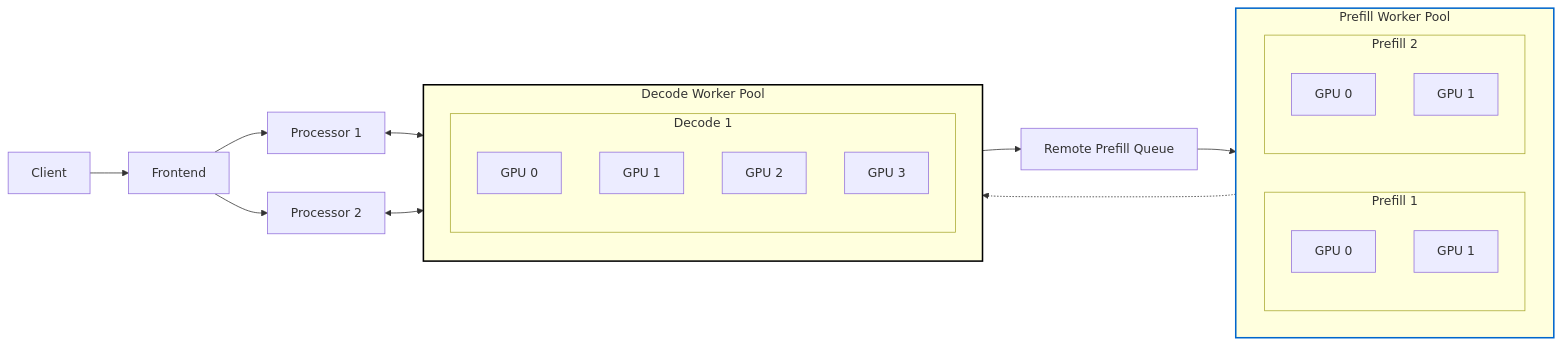
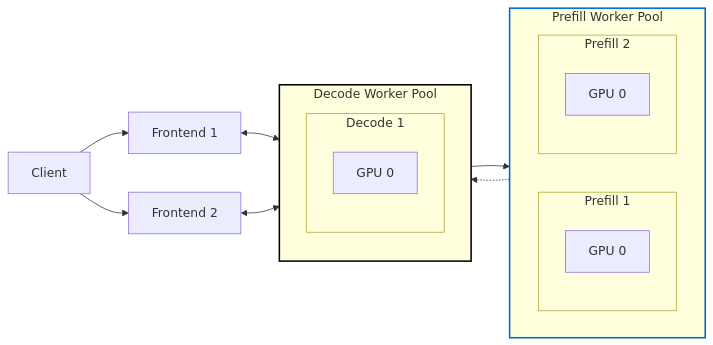
The fifth of 5 diagrams in tests/fault_tolerance/deploy/README.md (vickiegpt/dynamo), drawn with Mermaid before and after one commit. The commit also changed other lines of this file, not shown here.

````diff
--- a/tests/fault_tolerance/deploy/README.md
+++ b/tests/fault_tolerance/deploy/README.md
@@ -413,52 +410,43 @@
 ```mermaid
 graph LR
     Client["Client"]
-    Frontend["Frontend"]
-    Processor_1["Processor 1"]
-	Processor_2["Processor 2"]
-    PrefillQueue["Remote Prefill Queue"]
+    Frontend_1["Frontend 1"]
+	Frontend_2["Frontend 2"]
 
-    Client --> Frontend
-    Frontend --> Processor_1
-    Frontend --> Processor_2
+    Client --> Frontend_1
+    Client --> Frontend_2
 
-    Processor_1 <--> DecodePool
-	Processor_2 <--> DecodePool
+    Frontend_1 <--> DecodePool
+	Frontend_2 <--> DecodePool
 
     %% Prefill Worker Pool (horizontal layout)
     subgraph PrefillPool["Prefill Worker Pool"]
         direction LR
         subgraph Prefill1["Prefill 1"]
             direction TB
             P1GPU0["GPU 0"]
-            P1GPU1["GPU 1"]
 		end
         subgraph Prefill2["Prefill 2"]
             direction TB
             P2GPU0["GPU 0"]
-            P2GPU1["GPU 1"]
 		end
 
     end
 
     %% Decode Worker Pool (vertical layout)
     subgraph DecodePool["Decode Worker Pool"]
         direction TB
         subgraph Decode1["Decode 1"]
             direction TB
             D1GPU0["GPU 0"]
-            D1GPU1["GPU 1"]
-            D1GPU2["GPU 2"]
-            D1GPU3["GPU 3"]
         end
     end
 
 
-	PrefillQueue --> PrefillPool
-    DecodePool --> PrefillQueue
+	DecodePool --> PrefillPool
     PrefillPool -.-> DecodePool
 
     %% Styling
     style PrefillPool stroke:#0066cc,stroke-width:2px
     style DecodePool stroke:#000,stroke-width:2px
 ```
````
